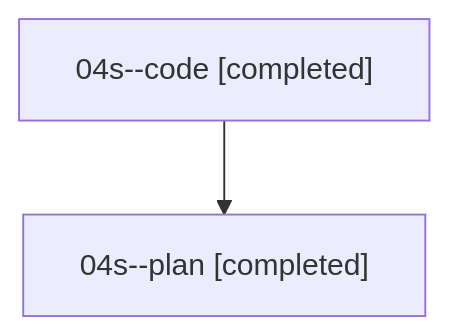
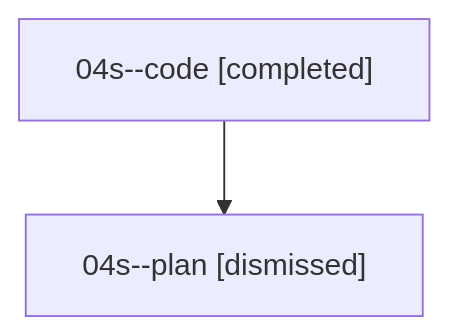
Before and after one commit to bobs-org/bob-cli--agents: the diagram in families/bbugyi200.athena.04s.md, drawn with Mermaid. The commit also changed other lines of this file and 72 other files, not shown here.

````diff
--- a/families/bbugyi200.athena.04s.md
+++ b/families/bbugyi200.athena.04s.md
@@ -9,6 +9,6 @@
 ```mermaid
 flowchart TD
   n0["04s--code [completed]"]
-  n1["04s--plan [completed]"]
+  n1["04s--plan [dismissed]"]
   n0 --> n1
 ```
````
